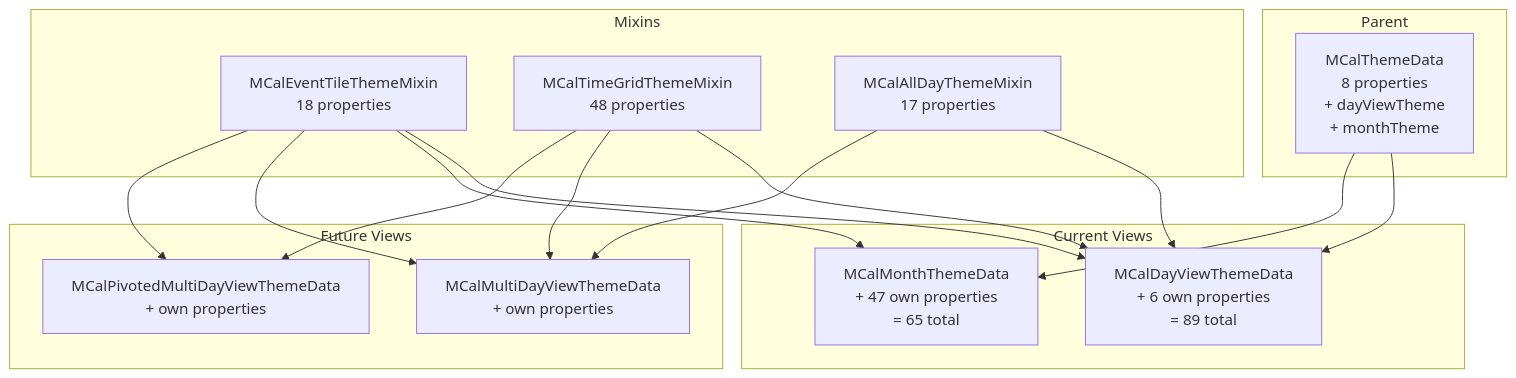
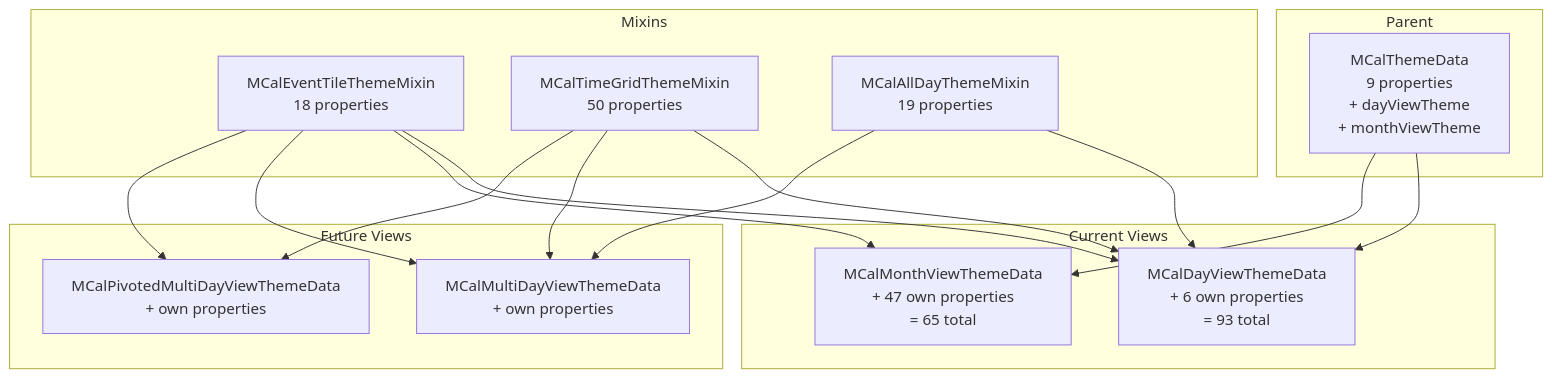
Before and after one commit to redninjacat/multi_calendar: the diagram in .spec-workflow/specs/theme-layout-future-views/design.md, drawn with Mermaid. The commit also changed other lines of this file and 95 other files, not shown here.

Commit message:
Restructured theming system by introducing new mixins, renaming theme classes, and updating properties. Enhanced theme data with additional properties, eliminated hardcoded values in widget code, and ensured consistency across the spec. Updated documentation and tests to reflect changes.

````diff
--- a/.spec-workflow/specs/theme-layout-future-views/design.md
+++ b/.spec-workflow/specs/theme-layout-future-views/design.md
@@ -66,34 +66,34 @@
 ```mermaid
 graph TD
     subgraph Mixins
         ETM[MCalEventTileThemeMixin<br/>18 properties]
-        TGM[MCalTimeGridThemeMixin<br/>48 properties]
-        ADM[MCalAllDayThemeMixin<br/>17 properties]
+        TGM[MCalTimeGridThemeMixin<br/>50 properties]
+        ADM[MCalAllDayThemeMixin<br/>19 properties]
     end
 
     subgraph Current Views
-        DVT[MCalDayViewThemeData<br/>+ 6 own properties<br/>= 89 total]
-        MT[MCalMonthThemeData<br/>+ 47 own properties<br/>= 65 total]
+        DVT[MCalDayViewThemeData<br/>+ 6 own properties<br/>= 93 total]
+        MT[MCalMonthViewThemeData<br/>+ 47 own properties<br/>= 65 total]
     end
 
     subgraph Future Views
         MDVT[MCalMultiDayViewThemeData<br/>+ own properties]
         PMDVT[MCalPivotedMultiDayViewThemeData<br/>+ own properties]
     end
 
     subgraph Parent
-        TD[MCalThemeData<br/>8 properties<br/>+ dayViewTheme<br/>+ monthTheme]
+        TD[MCalThemeData<br/>9 properties<br/>+ dayViewTheme<br/>+ monthViewTheme]
     end
 
     ETM --> DVT
     TGM --> DVT
     ADM --> DVT
     ETM --> MT
     ETM --> MDVT
     TGM --> MDVT
     ADM --> MDVT
     ETM --> PMDVT
     TGM --> PMDVT
     TD --> DVT
     TD --> MT
 ```
````
